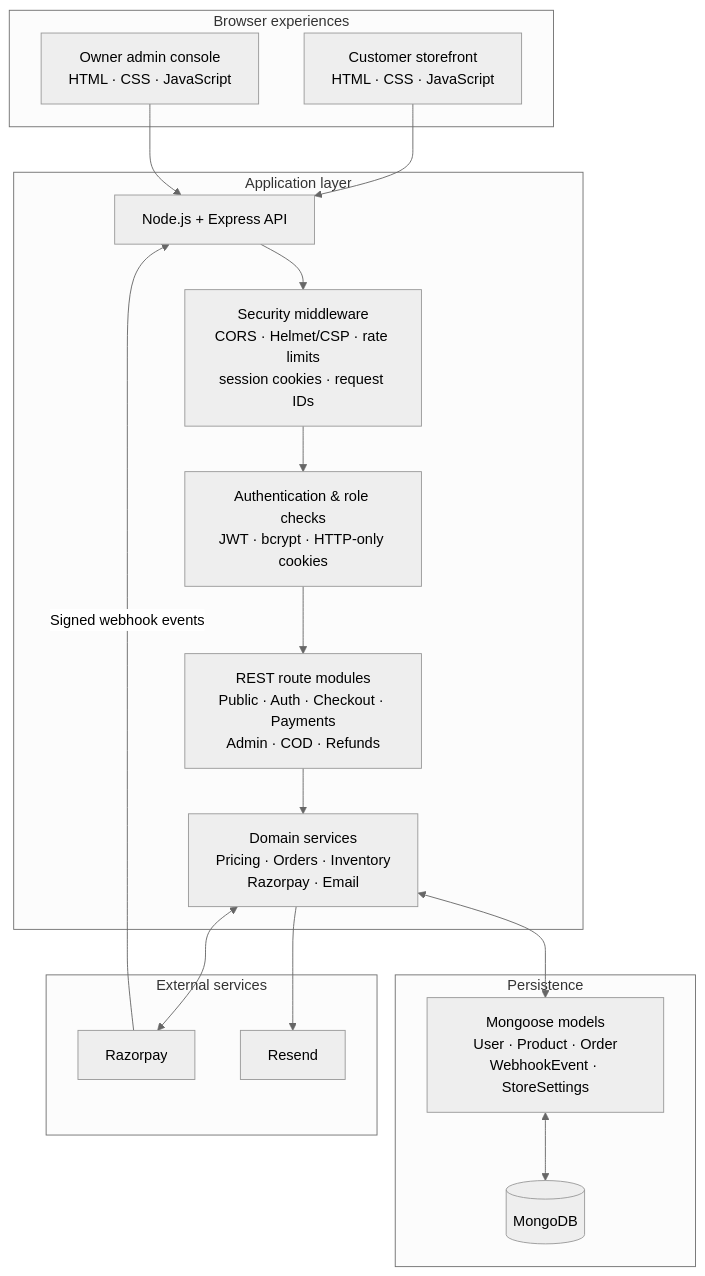
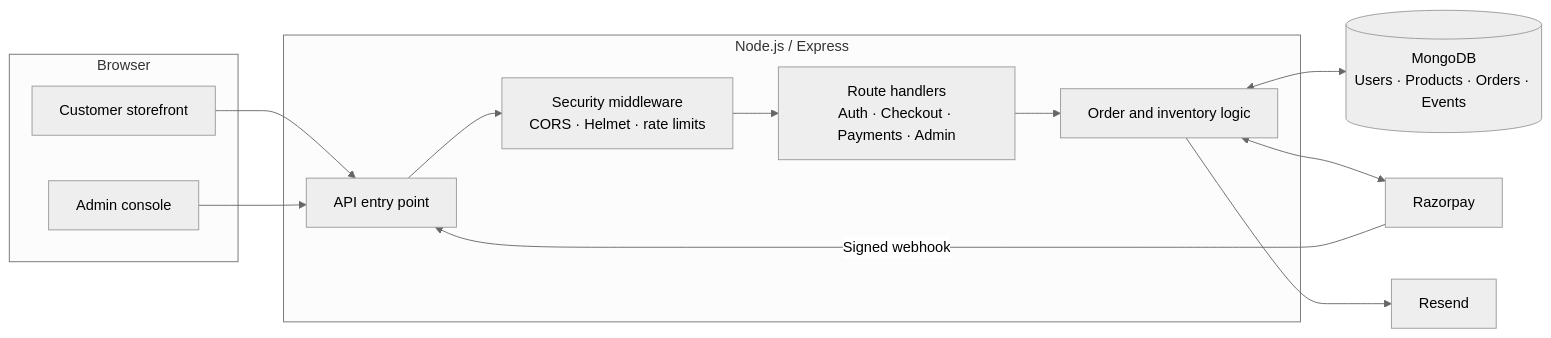
One commit to varung4067-hash/strydegosox-ecommerce changed the diagram in README.md. Above: the diagram before and after it, drawn with Mermaid (neutral theme). The commit also changed other lines of this file, not shown here.

Commit message:
Simplify project README and foreground system architecture

````diff
--- a/README.md
+++ b/README.md
@@ -84,30 +38,26 @@
 ```mermaid
-flowchart TB
-  subgraph BROWSER["Browser experiences"]
-    SHOP["Customer storefront<br/>HTML · CSS · JavaScript"]
-    ADMIN["Owner admin console<br/>HTML · CSS · JavaScript"]
+flowchart LR
+  subgraph CLIENT["Browser"]
+    SHOP["Customer storefront"]
+    ADMIN["Admin console"]
   end
-  subgraph APP["Application layer"]
-    API["Node.js + Express API"]
-    MIDDLEWARE["Security middleware<br/>CORS · Helmet/CSP · rate limits<br/>session cookies · request IDs"]
-    AUTH["Authentication & role checks<br/>JWT · bcrypt · HTTP-only cookies"]
-    ROUTES["REST route modules<br/>Public · Auth · Checkout · Payments<br/>Admin · COD · Refunds"]
-    SERVICES["Domain services<br/>Pricing · Orders · Inventory<br/>Razorpay · Email"]
+
+  subgraph APP["Node.js / Express"]
+    API["API entry point"]
+    GUARD["Security middleware<br/>CORS · Helmet · rate limits"]
+    ROUTES["Route handlers<br/>Auth · Checkout · Payments · Admin"]
+    SERVICES["Order and inventory logic"]
+    API --> GUARD --> ROUTES --> SERVICES
   end
-  subgraph DATA["Persistence"]
-    MODELS["Mongoose models<br/>User · Product · Order<br/>WebhookEvent · StoreSettings"]
-    DB[("MongoDB")]
-  end
-  subgraph PROVIDERS["External services"]
-    RZ["Razorpay"]
-    MAIL["Resend"]
-  end
+
+  DB[("MongoDB<br/>Users · Products · Orders · Events")]
+  RZ["Razorpay"]
+  MAIL["Resend"]
+
   SHOP --> API
   ADMIN --> API
-  API --> MIDDLEWARE --> AUTH --> ROUTES --> SERVICES
-  SERVICES <--> MODELS
-  MODELS <--> DB
+  SERVICES <--> DB
   SERVICES <--> RZ
+  RZ -->|"Signed webhook"| API
   SERVICES --> MAIL
-  RZ -->|"Signed webhook events"| API
 ```
````
